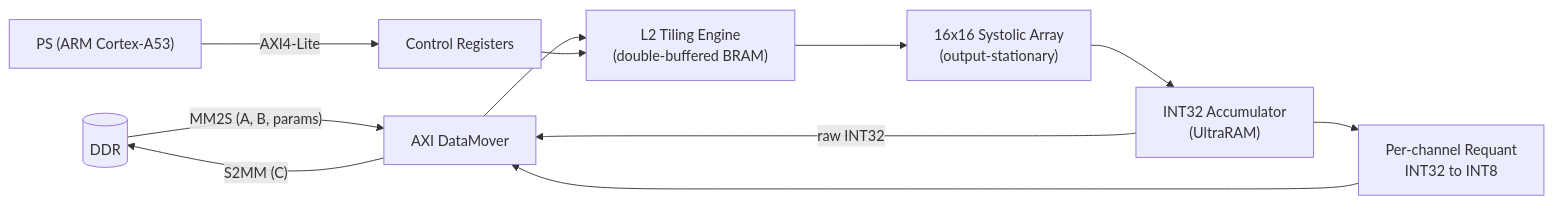
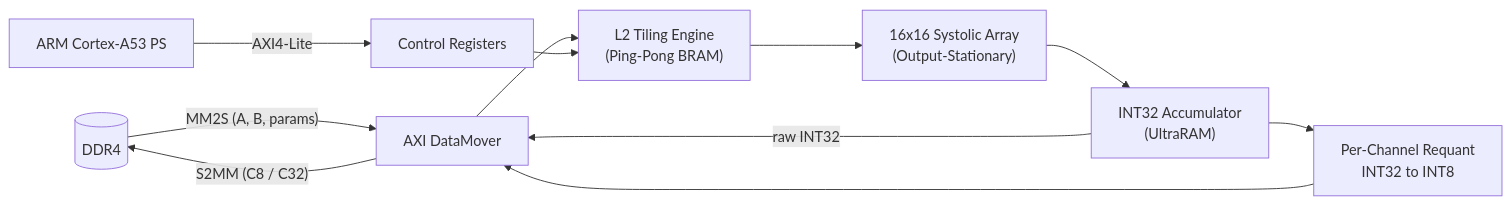
Before and after one commit to VuDaiDuong-325/int8-matmul-accelerator: the diagram in README.md, drawn with Mermaid. The commit also changed other lines of this file and 41 other files, not shown here.

````diff
--- a/README.md
+++ b/README.md
@@ -9,13 +11,13 @@
 ```mermaid
 flowchart LR
-    DDR[(DDR)] -- "MM2S (A, B, params)" --> DM[AXI DataMover]
-    DM --> AGU["L2 Tiling Engine<br/>(double-buffered BRAM)"]
-    AGU --> CORE["16x16 Systolic Array<br/>(output-stationary)"]
+    DDR[(DDR4)] -- "MM2S (A, B, params)" --> DM[AXI DataMover]
+    DM --> AGU["L2 Tiling Engine<br/>(Ping-Pong BRAM)"]
+    AGU --> CORE["16x16 Systolic Array<br/>(Output-Stationary)"]
     CORE --> ACC["INT32 Accumulator<br/>(UltraRAM)"]
-    ACC --> RS["Per-channel Requant<br/>INT32 to INT8"]
+    ACC --> RS["Per-Channel Requant<br/>INT32 to INT8"]
     RS --> DM
     ACC -- "raw INT32" --> DM
-    DM -- "S2MM (C)" --> DDR
-    PS["PS (ARM Cortex-A53)"] -- "AXI4-Lite" --> REG[Control Registers]
+    DM -- "S2MM (C8 / C32)" --> DDR
+    PS["ARM Cortex-A53 PS"] -- "AXI4-Lite" --> REG[Control Registers]
     REG --> AGU
 ```
````
